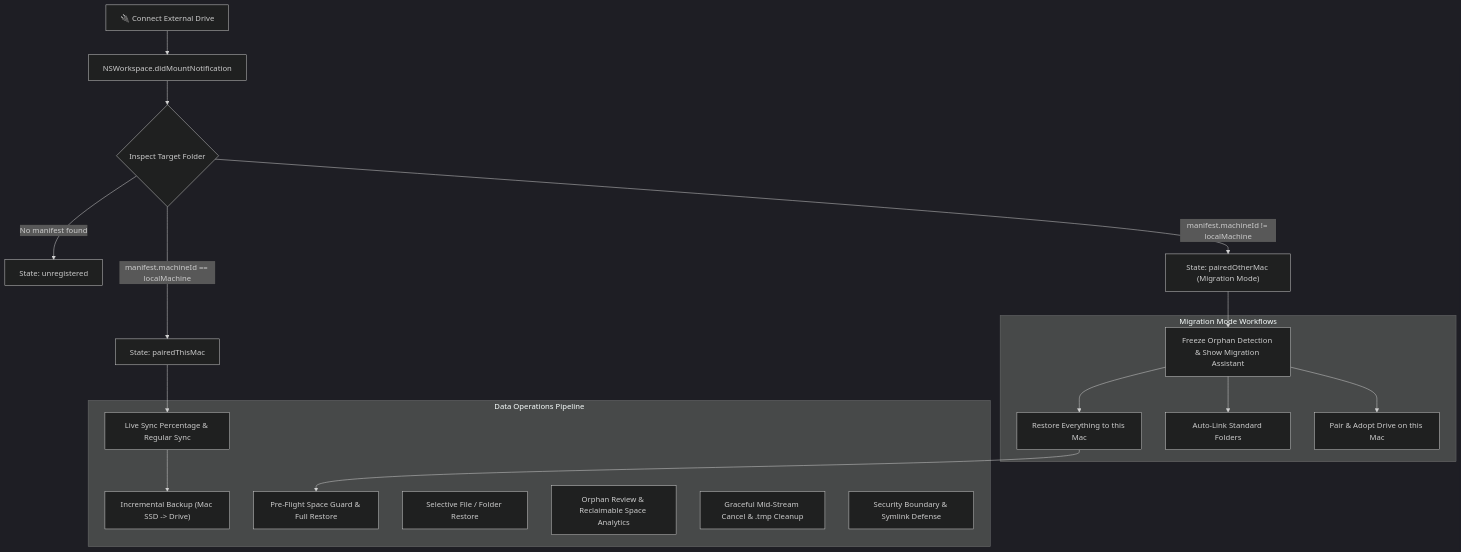
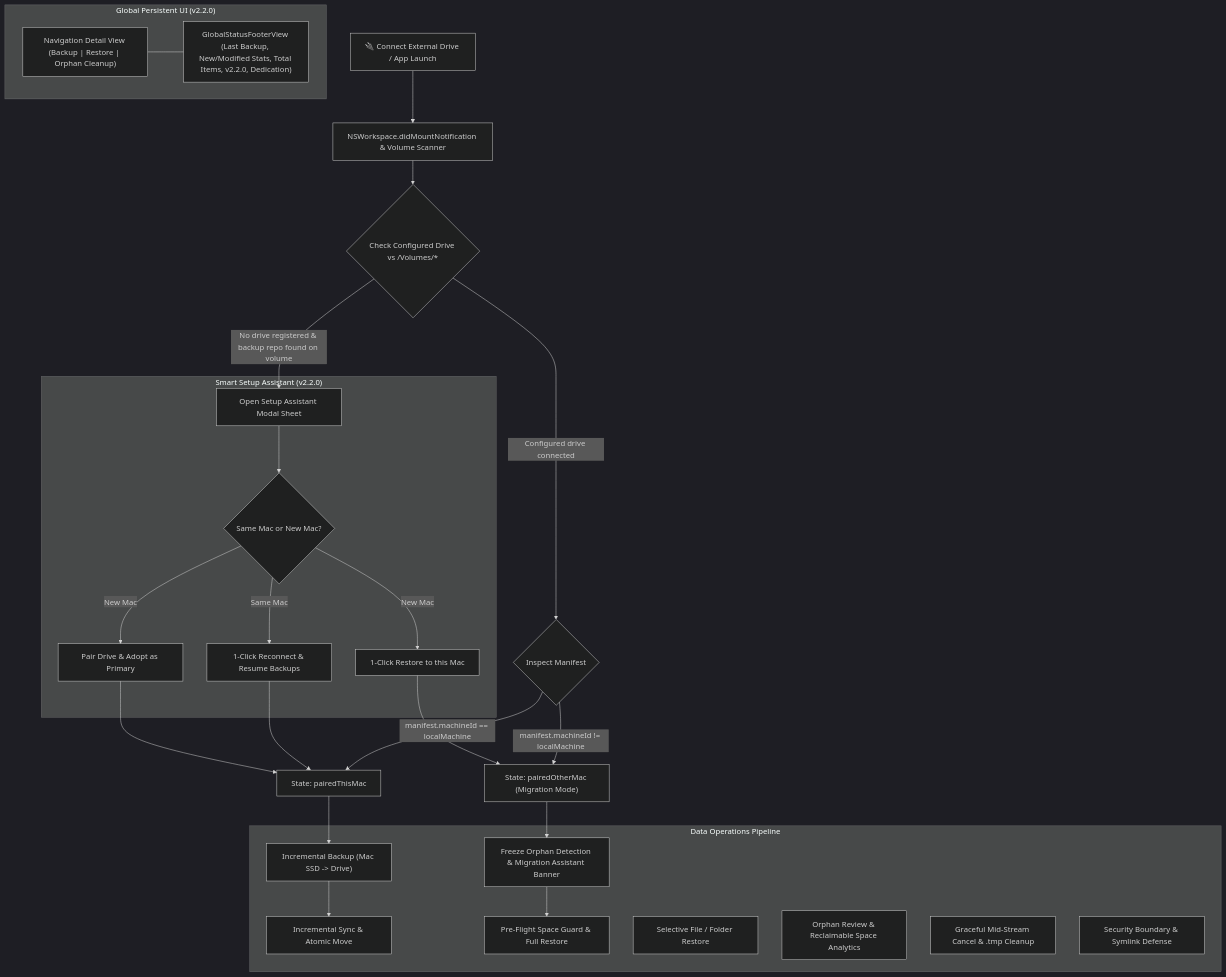
The diagram in ARCHITECTURE.md (rituparnaprof/macbackup), drawn with Mermaid (dark theme) before and after one commit. The commit also changed other lines of this file and 6 other files, not shown here.

First line of the commit message:
feat(v2.2.0): smart drive discovery, interactive setup assistant, and persistent status footer

````diff
--- a/ARCHITECTURE.md
+++ b/ARCHITECTURE.md
@@ -9,26 +9,40 @@
 ```mermaid
 flowchart TD
-    A["🔌 Connect External Drive"] --> B["NSWorkspace.didMountNotification"]
-    B --> C{"Inspect Target Folder"}
-    C -- "No manifest found" --> D["State: unregistered"]
-    C -- "manifest.machineId == localMachine" --> E["State: pairedThisMac"]
-    C -- "manifest.machineId != localMachine" --> F["State: pairedOtherMac (Migration Mode)"]
+    A["🔌 Connect External Drive / App Launch"] --> B["NSWorkspace.didMountNotification & Volume Scanner"]
+    B --> C{"Check Configured Drive vs /Volumes/*"}
     
-    E --> G["Live Sync Percentage & Regular Sync"]
-    F --> H["Freeze Orphan Detection & Show Migration Assistant"]
+    C -- "No drive registered & backup repo found on volume" --> D["Open Setup Assistant Modal Sheet"]
+    C -- "Configured drive connected" --> E{"Inspect Manifest"}
     
-    subgraph MigrationAssistant ["Migration Mode Workflows"]
-        H --> H1["Restore Everything to this Mac"]
-        H --> H2["Auto-Link Standard Folders"]
-        H --> H3["Pair & Adopt Drive on this Mac"]
+    subgraph SetupAssistant ["Smart Setup Assistant (v2.2.0)"]
+        D --> D1{"Same Mac or New Mac?"}
+        D1 -- "Same Mac" --> D2["1-Click Reconnect & Resume Backups"]
+        D1 -- "New Mac" --> D3["1-Click Restore to this Mac"]
+        D1 -- "New Mac" --> D4["Pair Drive & Adopt as Primary"]
     end
     
+    E -- "manifest.machineId == localMachine" --> F["State: pairedThisMac"]
+    E -- "manifest.machineId != localMachine" --> G["State: pairedOtherMac (Migration Mode)"]
+    
+    D2 --> F
+    D4 --> F
+    D3 --> G
+    
+    F --> H["Incremental Backup (Mac SSD -> Drive)"]
+    G --> I["Freeze Orphan Detection & Migration Assistant Banner"]
+    
     subgraph DataOperations ["Data Operations Pipeline"]
-        G --> OP1["Incremental Backup (Mac SSD -> Drive)"]
-        H1 --> OP2["Pre-Flight Space Guard & Full Restore"]
+        H --> OP1["Incremental Sync & Atomic Move"]
+        I --> OP2["Pre-Flight Space Guard & Full Restore"]
         OP3["Selective File / Folder Restore"]
         OP4["Orphan Review & Reclaimable Space Analytics"]
         OP5["Graceful Mid-Stream Cancel & .tmp Cleanup"]
         OP6["Security Boundary & Symlink Defense"]
     end
+    
+    subgraph GlobalUI ["Global Persistent UI (v2.2.0)"]
+        UI1["Navigation Detail View (Backup | Restore | Orphan Cleanup)"]
+        UI2["GlobalStatusFooterView (Last Backup, New/Modified Stats, Total Items, v2.2.0, Dedication)"]
+        UI1 --- UI2
+    end
 ```
````
